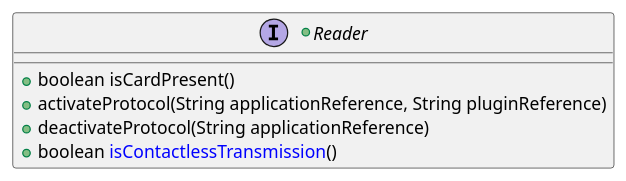
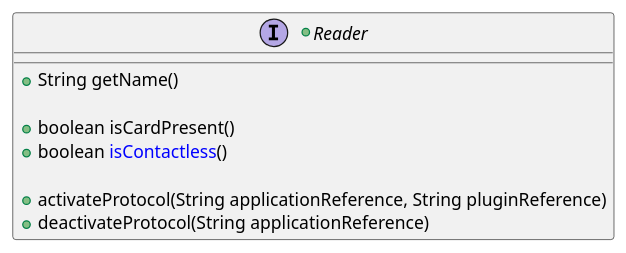
Before and after one commit to yvonneyam/keyple-website: the sixth of 20 diagrams in media/architecture/puml/KeypleCore_Reader_ClassDiag_ClassElements.iuml, drawn with PlantUML. The commit also changed other lines of this file and 1880 other files, not shown here.

```diff
--- a/media/architecture/puml/KeypleCore_Reader_ClassDiag_ClassElements.iuml
+++ b/media/architecture/puml/KeypleCore_Reader_ClassDiag_ClassElements.iuml
@@ -68,8 +68,11 @@
 @startuml(id=READER_READER_1_0_0_PLUGIN)
 +interface Reader {
+  +String getName()
+
   +boolean isCardPresent()
+  +boolean <color:blue>isContactless</color>()
+
   +activateProtocol(String applicationReference, String pluginReference)
   +deactivateProtocol(String applicationReference)
-  +boolean <color:blue>isContactlessTransmission</color>()
 }
 @enduml
```
